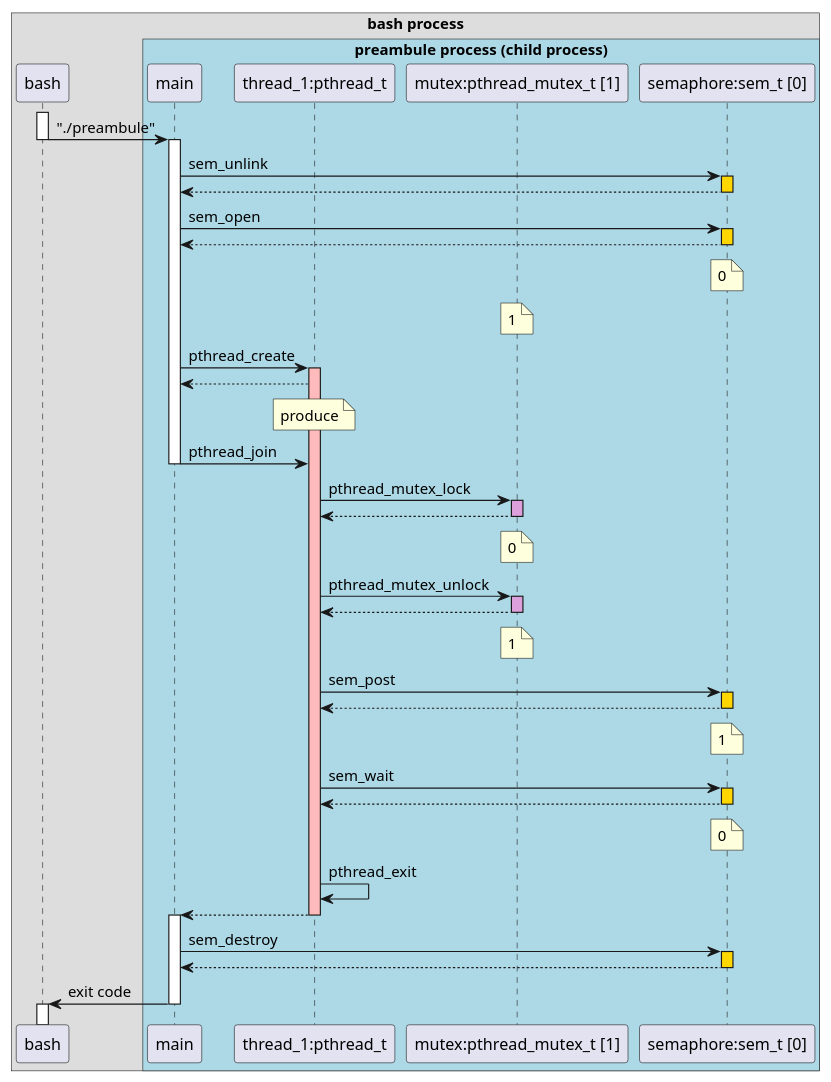
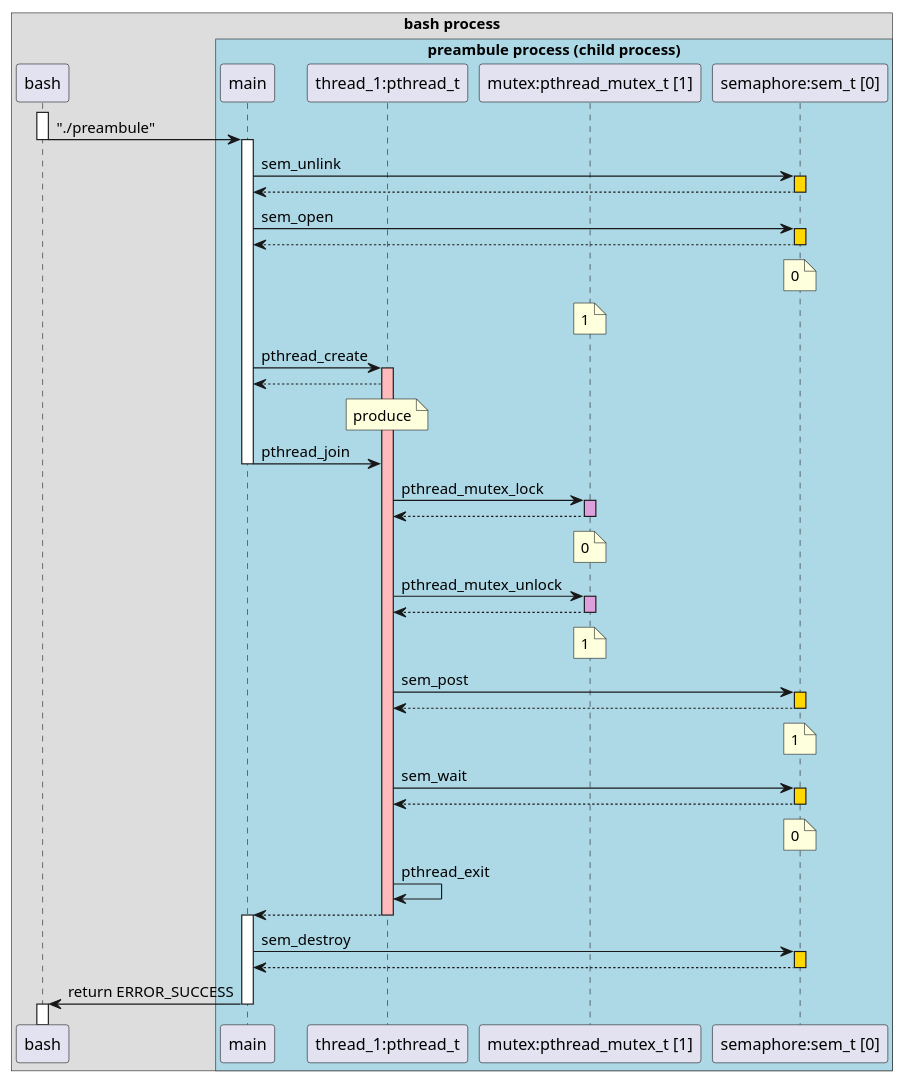
The diagram in exercice-1/diagrams/preambuleSequenceDiagram.puml (uItimatech/multitasking_training_practical_work), drawn with PlantUML before and after one commit. The commit also changed 1 other file, not shown here.

```diff
--- a/exercice-1/diagrams/preambuleSequenceDiagram.puml
+++ b/exercice-1/diagrams/preambuleSequenceDiagram.puml
@@ -1,63 +1,63 @@
 @startuml
 !pragma teoz true
 box "bash process"
 participant bash
 
 box "preambule process (child process)" #lightblue
 participant "main" as main
 participant "thread_1:pthread_t" as thread1
 participant "mutex:pthread_mutex_t [1]" as mutex
 participant "semaphore:sem_t [0]" as semaphore
 end box
 end box
 
 activate bash
 bash -> main --++ : "./preambule"
 
 main -> semaphore: sem_unlink
 activate semaphore #gold
 return
 main -> semaphore: sem_open
 activate semaphore #gold
 return
 note over semaphore: 0
 note over mutex: 1
 
 main -> thread1:pthread_create
 activate thread1 #FFBBBB
 thread1 --> main
 note over thread1: produce
 
 main -> thread1: pthread_join
 deactivate main
 
 thread1 -> mutex: pthread_mutex_lock
 activate mutex #plum
 return
 note over mutex: 0
 
 thread1 -> mutex: pthread_mutex_unlock
 activate mutex #plum
 return
 note over mutex: 1
 
 thread1 -> semaphore: sem_post
 activate semaphore #gold
 return
 note over semaphore: 1
 
 thread1 -> semaphore: sem_wait
 activate semaphore #gold
 return 
 note over semaphore: 0
 
 thread1 -> thread1: pthread_exit
 thread1 --> main --++
 
 main -> semaphore: sem_destroy
 activate semaphore #gold
 return
 
-main -> bash --++: exit code
+main -> bash --++: return ERROR_SUCCESS
 
 @enduml
```
